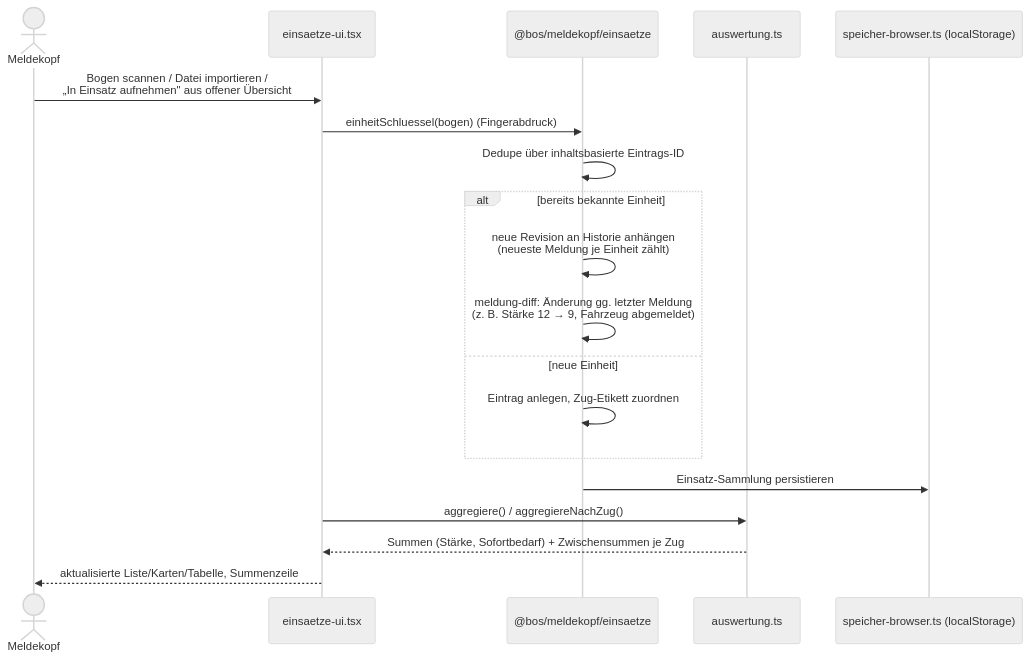
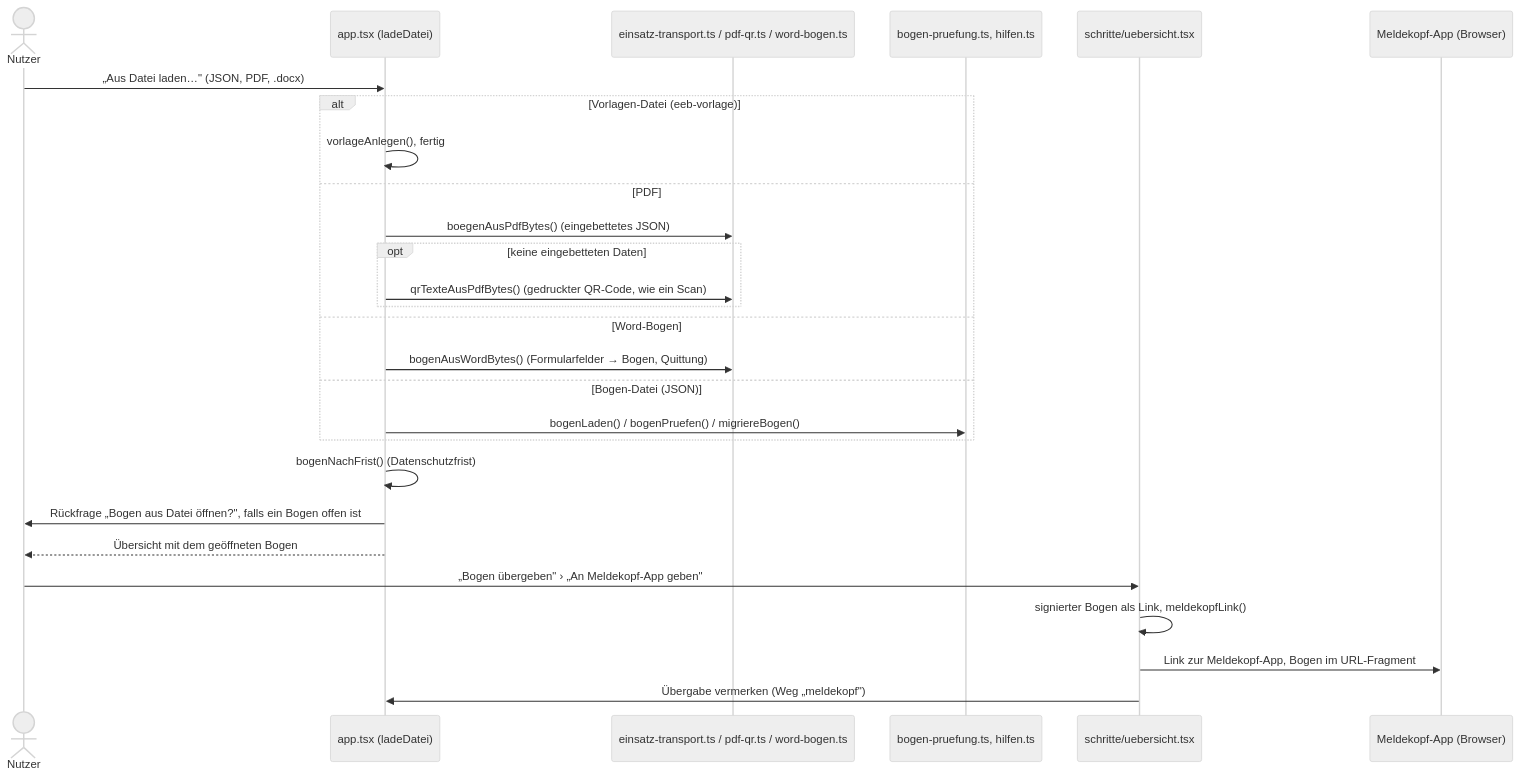
Before and after one commit to wattnpapa/erfassungsbogen: the seventh of 12 diagrams in docs/arc42-architektur.md, drawn with Mermaid (neutral theme). The commit also changed other lines of this file, not shown here.

First line of the commit message:
Arc42: Änderungsvermerke in den Text einarbeiten, nur noch Ist-Stand

````diff
--- a/docs/arc42-architektur.md
+++ b/docs/arc42-architektur.md
@@ -1470,22 +882,30 @@
 ```mermaid
 sequenceDiagram
-  actor Meldekopf
-  participant ui as einsaetze-ui.tsx
-  participant kern as @bos/meldekopf/einsaetze
-  participant ausw as auswertung.ts
-  participant store as speicher-browser.ts (localStorage)
+  actor Nutzer
+  participant app as app.tsx (ladeDatei)
+  participant lese as einsatz-transport.ts / pdf-qr.ts / word-bogen.ts
+  participant pruef as bogen-pruefung.ts, hilfen.ts
+  participant ueb as schritte/uebersicht.tsx
+  participant mk as Meldekopf-App (Browser)
 
-  Meldekopf->>ui: Bogen scannen / Datei importieren /<br/>„In Einsatz aufnehmen" aus offener Übersicht
-  ui->>kern: einheitSchluessel(bogen) (Fingerabdruck)
-  kern->>kern: Dedupe über inhaltsbasierte Eintrags-ID
-  alt bereits bekannte Einheit
-    kern->>kern: neue Revision an Historie anhängen<br/>(neueste Meldung je Einheit zählt)
-    kern->>kern: meldung-diff: Änderung gg. letzter Meldung<br/>(z. B. Stärke 12 → 9, Fahrzeug abgemeldet)
-  else neue Einheit
-    kern->>kern: Eintrag anlegen, Zug-Etikett zuordnen
+  Nutzer->>app: „Aus Datei laden…" (JSON, PDF, .docx)
+  alt Vorlagen-Datei (eeb-vorlage)
+    app->>app: vorlageAnlegen(), fertig
+  else PDF
+    app->>lese: boegenAusPdfBytes() (eingebettetes JSON)
+    opt keine eingebetteten Daten
+      app->>lese: qrTexteAusPdfBytes() (gedruckter QR-Code, wie ein Scan)
+    end
+  else Word-Bogen
+    app->>lese: bogenAusWordBytes() (Formularfelder → Bogen, Quittung)
+  else Bogen-Datei (JSON)
+    app->>pruef: bogenLaden() / bogenPruefen() / migriereBogen()
   end
-  kern->>store: Einsatz-Sammlung persistieren
-  ui->>ausw: aggregiere() / aggregiereNachZug()
-  ausw-->>ui: Summen (Stärke, Sofortbedarf) + Zwischensummen je Zug
-  ui-->>Meldekopf: aktualisierte Liste/Karten/Tabelle, Summenzeile
+  app->>app: bogenNachFrist() (Datenschutzfrist)
+  app->>Nutzer: Rückfrage „Bogen aus Datei öffnen?", falls ein Bogen offen ist
+  app-->>Nutzer: Übersicht mit dem geöffneten Bogen
+  Nutzer->>ueb: „Bogen übergeben" › „An Meldekopf-App geben"
+  ueb->>ueb: signierter Bogen als Link, meldekopfLink()
+  ueb->>mk: Link zur Meldekopf-App, Bogen im URL-Fragment
+  ueb->>app: Übergabe vermerken (Weg „meldekopf")
 ```
````
